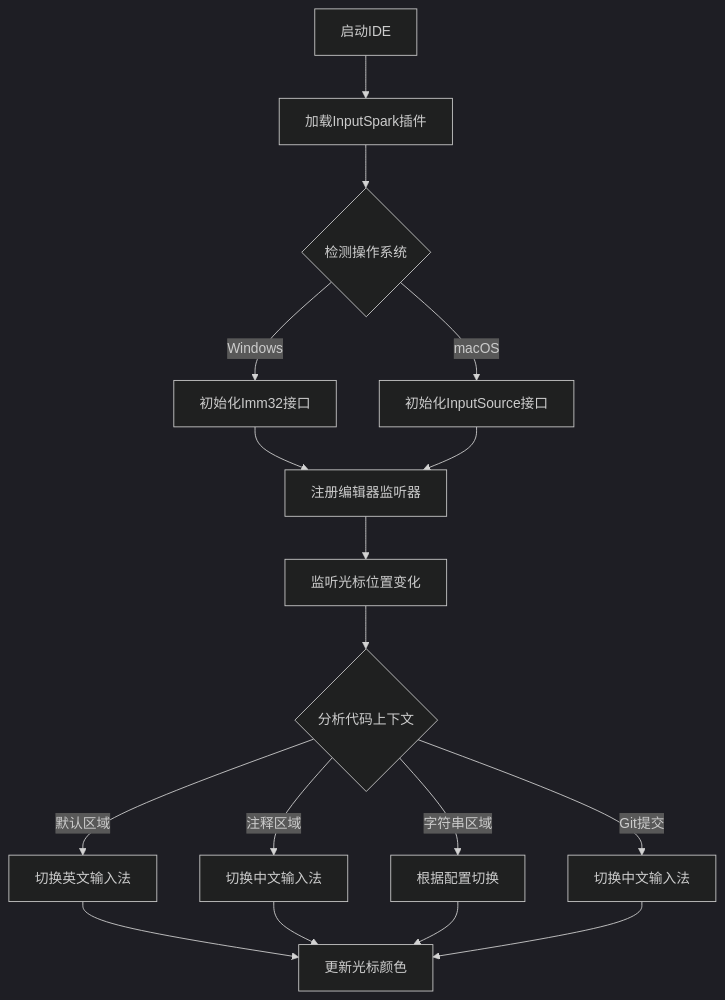
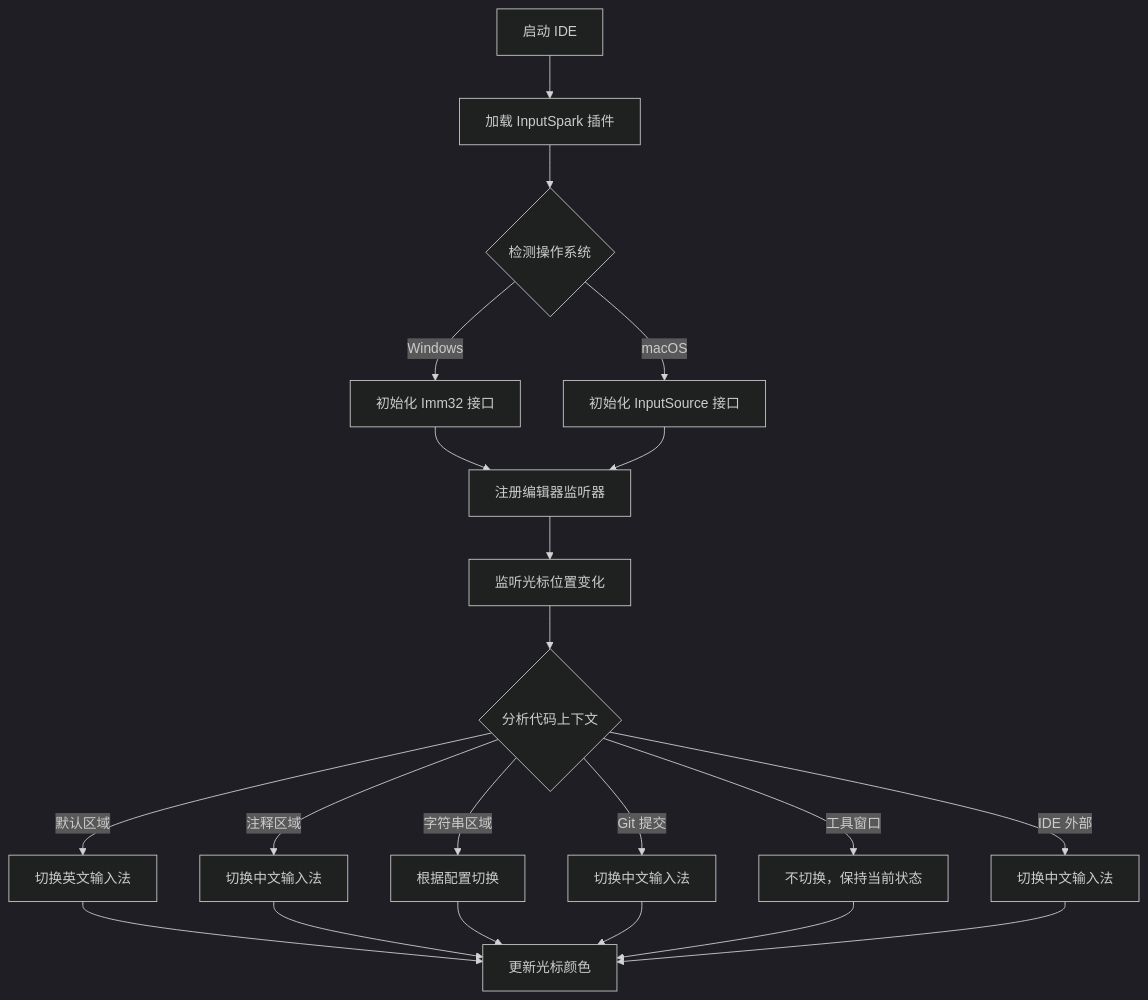
Before and after one commit to BigBlueBaby/InputSpark: the diagram in .trae/documents/prd_InputSpark.md, drawn with Mermaid (dark theme). The commit also changed other lines of this file and 14 other files, not shown here.

First line of the commit message:
feat: 更新 InputSpark 至 v1.3.0

````diff
--- a/.trae/documents/prd_InputSpark.md
+++ b/.trae/documents/prd_InputSpark.md
@@ -39,19 +43,23 @@
 ```mermaid
 graph TD
-    A[启动IDE] --> B[加载InputSpark插件]
+    A[启动 IDE] --> B[加载 InputSpark 插件]
     B --> C{检测操作系统}
-    C -->|Windows| D[初始化Imm32接口]
-    C -->|macOS| E[初始化InputSource接口]
+    C -->|Windows| D[初始化 Imm32 接口]
+    C -->|macOS| E[初始化 InputSource 接口]
     D --> F[注册编辑器监听器]
     E --> F
     F --> G[监听光标位置变化]
     G --> H{分析代码上下文}
-    H -->|默认区域| I[切换英文输入法]
-    H -->|注释区域| J[切换中文输入法]
-    H -->|字符串区域| K[根据配置切换]
-    H -->|Git提交| L[切换中文输入法]
-    I --> M[更新光标颜色]
-    J --> M
-    K --> M
-    L --> M
+    H -->|默认区域 | I[切换英文输入法]
+    H -->|注释区域 | J[切换中文输入法]
+    H -->|字符串区域 | K[根据配置切换]
+    H -->|Git 提交 | L[切换中文输入法]
+    H -->|工具窗口 | M[不切换，保持当前状态]
+    H -->|IDE 外部 | N[切换中文输入法]
+    I --> O[更新光标颜色]
+    J --> O
+    K --> O
+    L --> O
+    M --> O
+    N --> O
 ```
````
